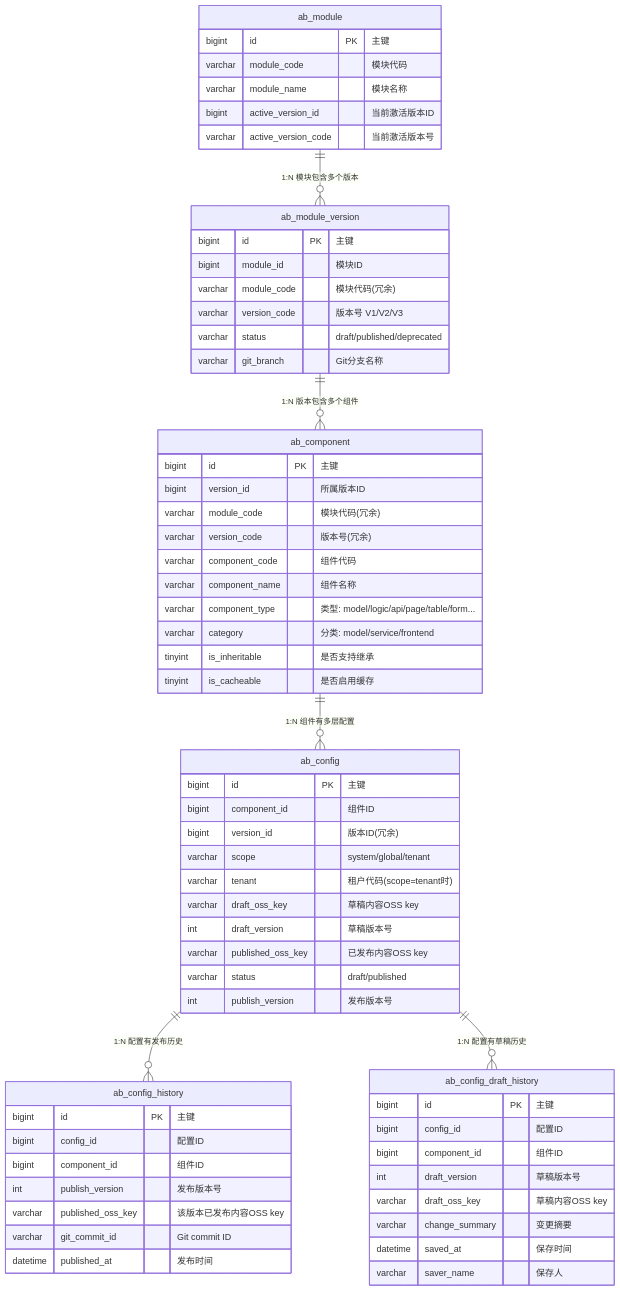
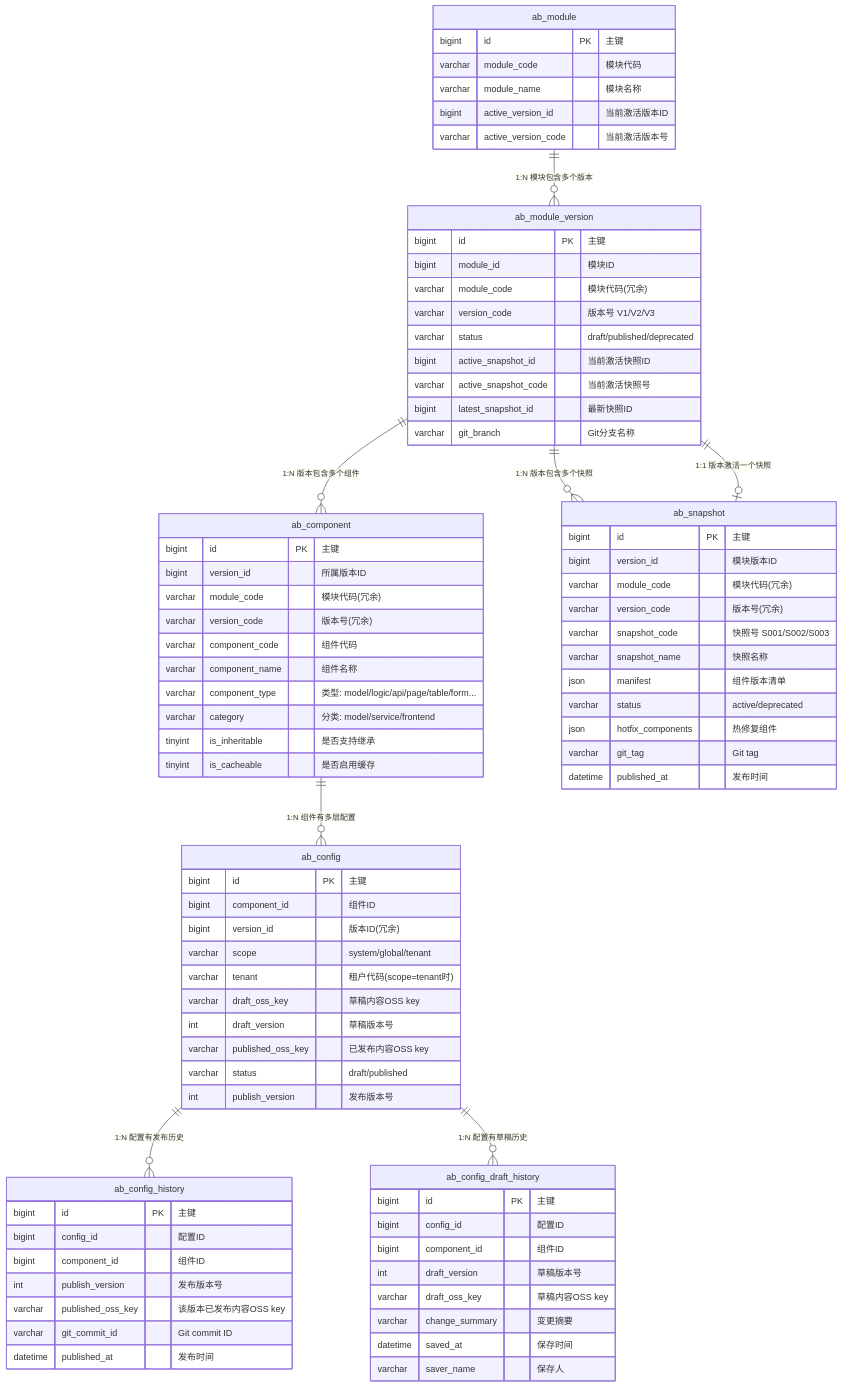
Before and after one commit to danielmlc/assembox-service: the diagram in docs/design/01-storage/overview.md, drawn with Mermaid. The commit also changed other lines of this file and 2 other files, not shown here.

```diff
--- a/docs/design/01-storage/overview.md
+++ b/docs/design/01-storage/overview.md
@@ -648,6 +844,8 @@
 erDiagram
     ab_module ||--o{ ab_module_version : "1:N 模块包含多个版本"
     ab_module_version ||--o{ ab_component : "1:N 版本包含多个组件"
+    ab_module_version ||--o{ ab_snapshot : "1:N 版本包含多个快照"
+    ab_module_version ||--o| ab_snapshot : "1:1 版本激活一个快照"
     ab_component ||--o{ ab_config : "1:N 组件有多层配置"
     ab_config ||--o{ ab_config_history : "1:N 配置有发布历史"
     ab_config ||--o{ ab_config_draft_history : "1:N 配置有草稿历史"
@@ -666,7 +864,24 @@
         varchar module_code "模块代码(冗余)"
         varchar version_code "版本号 V1/V2/V3"
         varchar status "draft/published/deprecated"
+        bigint active_snapshot_id "当前激活快照ID"
+        varchar active_snapshot_code "当前激活快照号"
+        bigint latest_snapshot_id "最新快照ID"
         varchar git_branch "Git分支名称"
+    }
+
+    ab_snapshot {
+        bigint id PK "主键"
+        bigint version_id "模块版本ID"
+        varchar module_code "模块代码(冗余)"
+        varchar version_code "版本号(冗余)"
+        varchar snapshot_code "快照号 S001/S002/S003"
+        varchar snapshot_name "快照名称"
+        json manifest "组件版本清单"
+        varchar status "active/deprecated"
+        json hotfix_components "热修复组件"
+        varchar git_tag "Git tag"
+        datetime published_at "发布时间"
     }
 
     ab_component {
```
